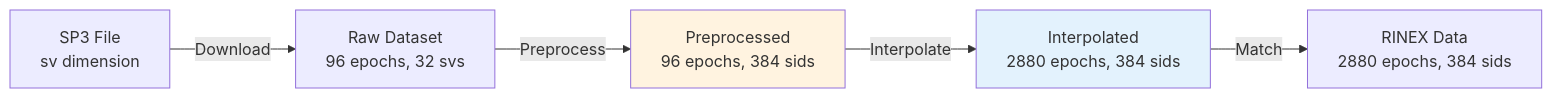
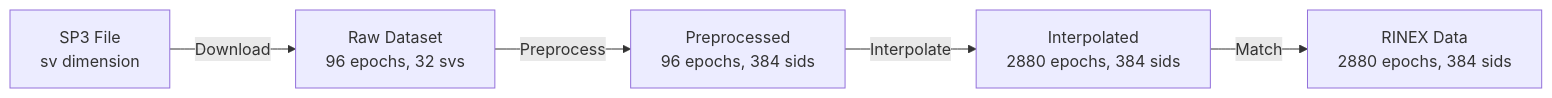
Before and after one commit to mfkiwl/canvodpy: the first of 3 diagrams in docs/packages/auxiliary/overview.md, drawn with Mermaid. The commit also changed other lines of this file and 4 other files, not shown here.

Commit message:
style(docs): Remove inline mermaid colors in favor of beautiful-mermaid theming

````diff
--- a/docs/packages/auxiliary/overview.md
+++ b/docs/packages/auxiliary/overview.md
@@ -31,10 +31,8 @@
 ```mermaid
 graph LR
     A[SP3 File<br/>sv dimension] -->|Download| B[Raw Dataset<br/>96 epochs, 32 svs]
     B -->|Preprocess| C[Preprocessed<br/>96 epochs, 384 sids]
     C -->|Interpolate| D[Interpolated<br/>2880 epochs, 384 sids]
     D -->|Match| E[RINEX Data<br/>2880 epochs, 384 sids]
 
-    style C fill:#fff3e0
-    style D fill:#e3f2fd
 ```
````
